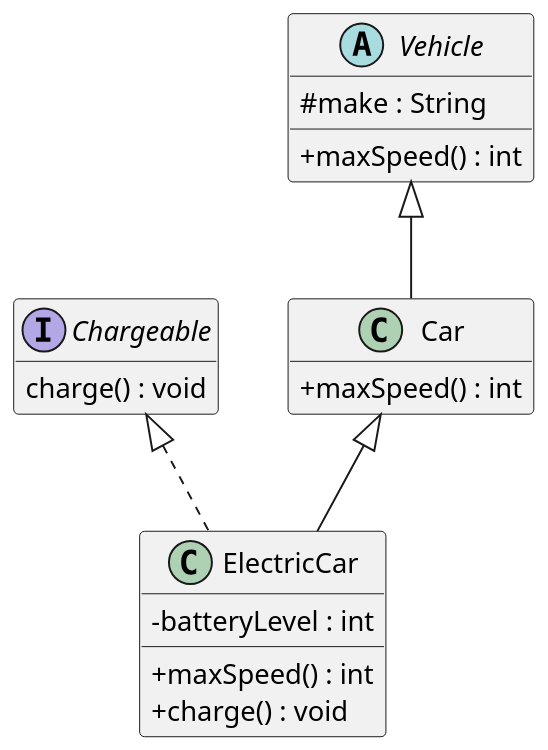
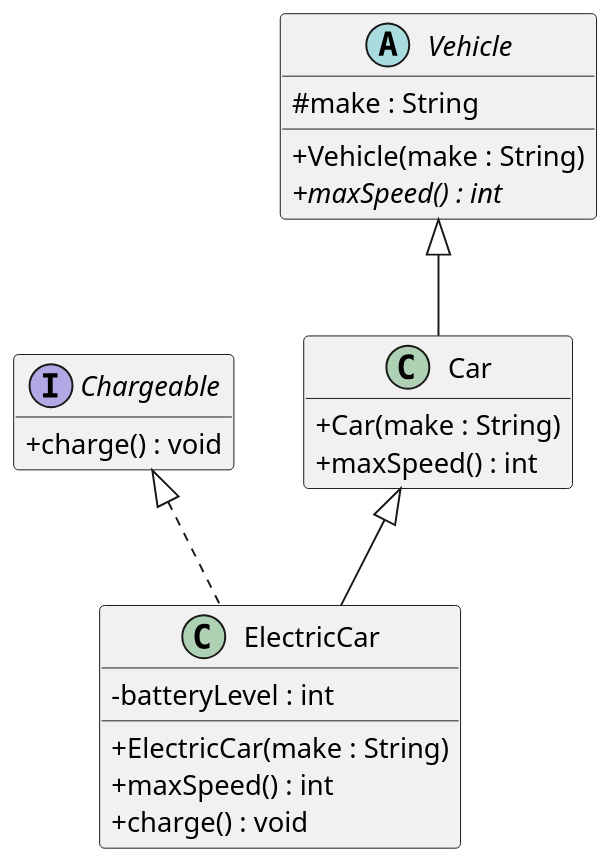
One commit to MichaelZiyu/207-course-notes changed the diagram in plantuml/exercises/vehicles-uml-starter.puml. Above: the diagram before and after it, drawn with PlantUML.

```diff
--- a/plantuml/exercises/vehicles-uml-starter.puml
+++ b/plantuml/exercises/vehicles-uml-starter.puml
@@ -1,43 +1,48 @@
 @startuml
 skinparam dpi 150
 skinparam classAttributeIconSize 0
 hide empty members
 
 ' Your task (Chapter 3, Question 2): draw the UML class diagram for the
 ' Vehicle / Car / ElectricCar / Chargeable code.
 '
 ' Define each type as a box, then connect them with the right arrows. One box
 ' (Chargeable) is filled in as an example — complete the other three and add the
 ' relationships.
 '
 ' PlantUML cheat-sheet:
 '   interface Name { + method() : Type }
 '   abstract class Name { # field : Type }
 '   class Name { - field : Type }
 '   Parent    <|-- Child    ' generalization: Child extends Parent
 '   Interface <|.. Class    ' realization:    Class implements Interface
 ' (Putting the parent/interface on the LEFT of the arrow keeps it on top.)
 
 interface Chargeable {
-  charge() : void
+  + charge() : void
 }
 
 ' TODO: add "abstract class Vehicle", "class Car", and "class ElectricCar"
 '       (with their fields and methods), then add the arrows between all four
 '       types.
 abstract class Vehicle {
     # make : String
-    + maxSpeed() : int
+    + Vehicle(make : String)
+    {abstract} + maxSpeed() : int
 }
 
 class Car extends Vehicle {
+  + Car(make : String)
   + maxSpeed() : int
 }
 
 class ElectricCar extends Car implements Chargeable {
   - batteryLevel : int
+  + ElectricCar(make : String)
   + maxSpeed() : int
   + charge() : void
 
 }
+
+
 @enduml
```
